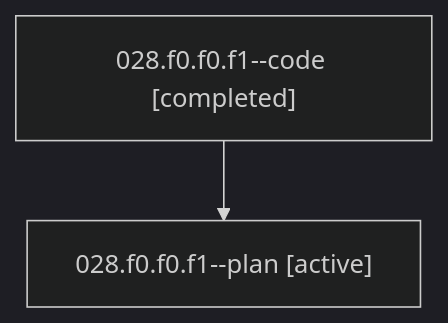
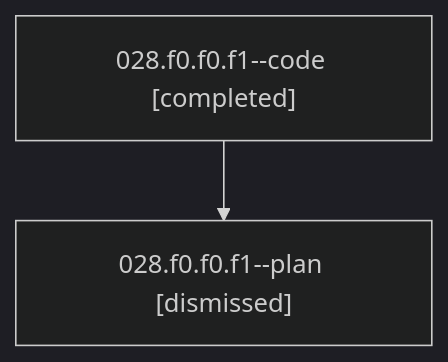
The diagram in sessions/bbugyi200.athena.028.f0.f0.f1.md (bobs-org/bob-cli--agents), drawn with Mermaid (dark theme) before and after one commit. The commit also changed other lines of this file and 46 other files, not shown here.

````diff
--- a/sessions/bbugyi200.athena.028.f0.f0.f1.md
+++ b/sessions/bbugyi200.athena.028.f0.f0.f1.md
@@ -9,6 +9,6 @@
 ```mermaid
 flowchart TD
   n0["028.f0.f0.f1--code [completed]"]
-  n1["028.f0.f0.f1--plan [active]"]
+  n1["028.f0.f0.f1--plan [dismissed]"]
   n0 --> n1
 ```
````
